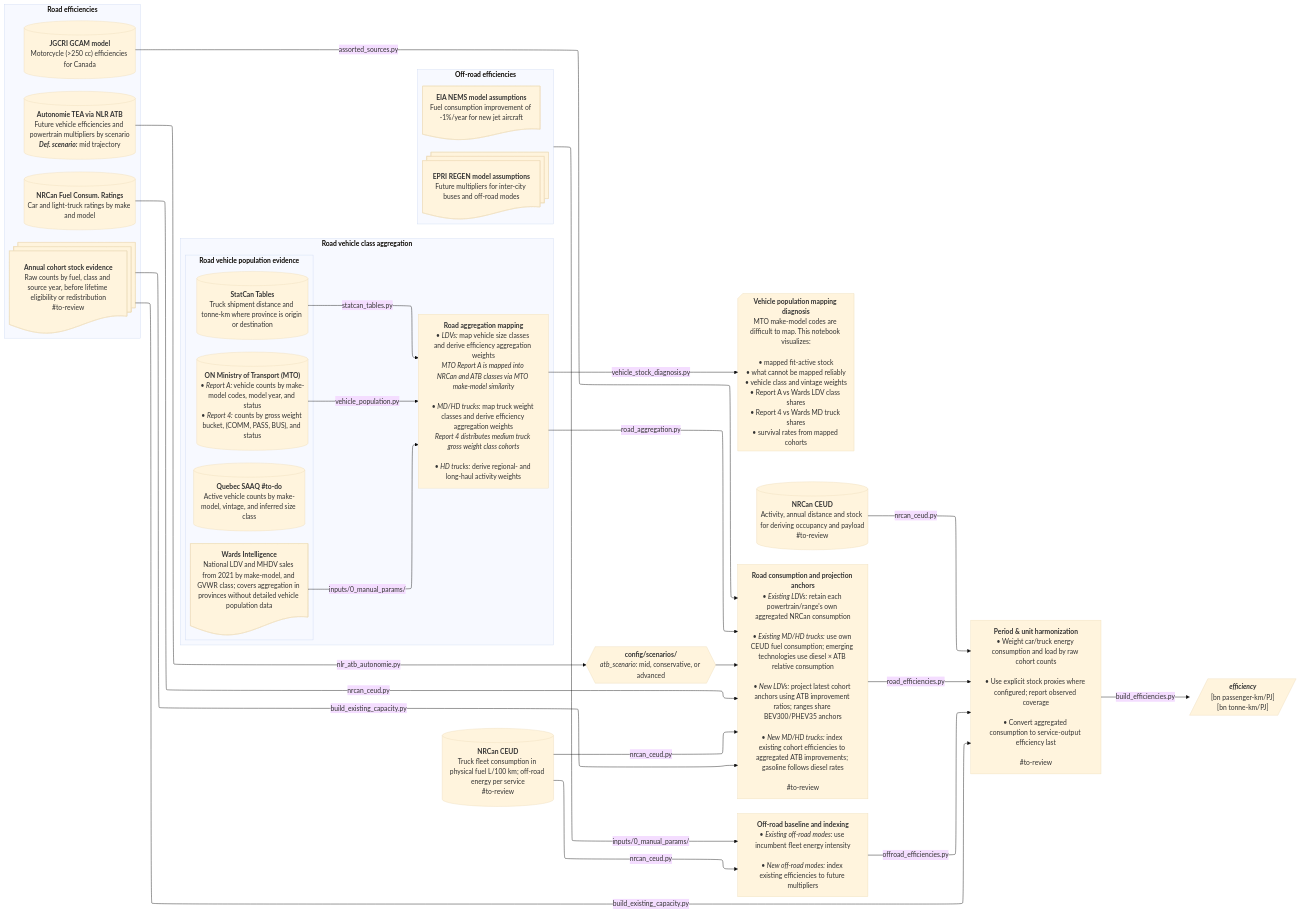
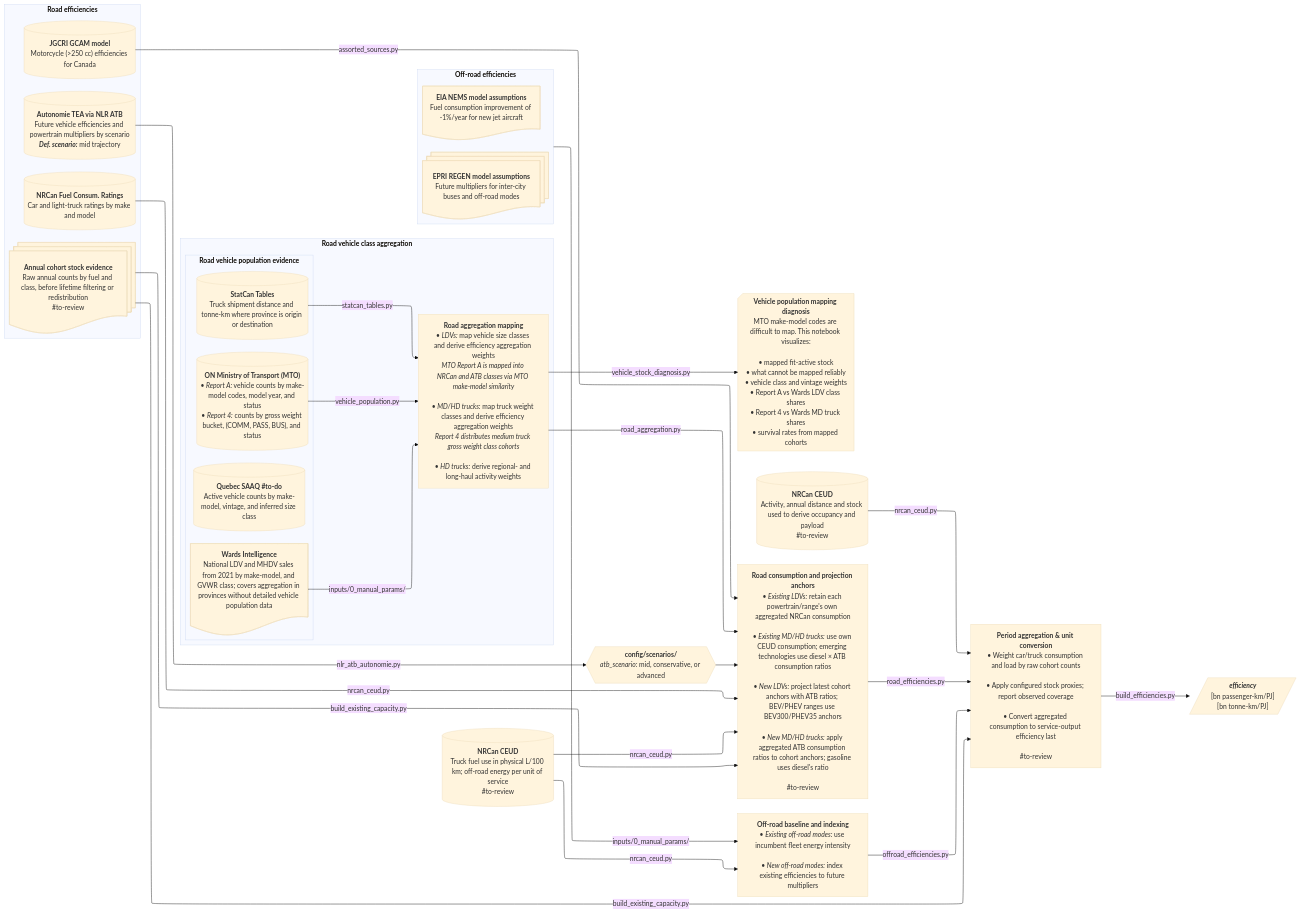
Before and after one commit to CANOE-main/canoe-transportation: the sixth of 12 diagrams in docs/etl_flowcharts.md, drawn with Mermaid (base theme). The commit also changed other lines of this file and 29 other files, not shown here.

```diff
--- a/docs/etl_flowcharts.md
+++ b/docs/etl_flowcharts.md
@@ -496,7 +490,7 @@
     s2_2[("`**JGCRI GCAM model**
       Motorcycle (>250 cc) efficiencies for Canada`")]
     s11@{shape: docs, label: "**Annual cohort stock evidence**
-      Raw counts by fuel, class and source year, before lifetime eligibility or redistribution
+      Raw annual counts by fuel and class, before lifetime filtering or redistribution
       #to-review"}
   end
   
@@ -509,10 +503,10 @@
   end
   
   s0[("`**NRCan CEUD**
-    Truck fleet consumption in physical fuel L/100 km; off-road energy per service
+    Truck fuel use in physical L/100 km; off-road energy per unit of service
     #to-review`")]
   s9[("`**NRCan CEUD**
-    Activity, annual distance and stock for deriving occupancy and payload
+    Activity, annual distance and stock used to derive occupancy and payload
     #to-review`")]
 
   %% ############ Processes ###########
@@ -520,9 +514,9 @@
     *atb_scenario:* mid, conservative, or advanced"}
   p2["`**Road consumption and projection anchors**
     • *Existing LDVs:* retain each powertrain/range's own aggregated NRCan consumption<br>
-    • *Existing MD/HD trucks:* use own CEUD fuel consumption; emerging technologies use diesel × ATB relative consumption<br>
-    • *New LDVs:* project latest cohort anchors using ATB improvement ratios; ranges share BEV300/PHEV35 anchors<br>
-    • *New MD/HD trucks:* index existing cohort efficiencies to aggregated ATB improvements; gasoline follows diesel rates<br>
+    • *Existing MD/HD trucks:* use own CEUD consumption; emerging technologies use diesel × ATB consumption ratios<br>
+    • *New LDVs:* project latest cohort anchors with ATB ratios; BEV/PHEV ranges use BEV300/PHEV35 anchors<br>
+    • *New MD/HD trucks:* apply aggregated ATB consumption ratios to cohort anchors; gasoline uses diesel's ratio<br>
     #to-review`"]
   p0 -- road_aggregation.py --> p2
   s1 -- nrcan_ceud.py --> p2
@@ -537,9 +531,9 @@
     • *New off-road modes:* index existing efficiencies to future multipliers`"]
   off -- inputs/0_manual_params/ --> p3
     
-  p4["`**Period & unit harmonization**
-    • Weight car/truck energy consumption and load by raw cohort counts<br>
-    • Use explicit stock proxies where configured; report observed coverage<br>
+  p4["`**Period aggregation & unit conversion**
+    • Weight car/truck consumption and load by raw cohort counts<br>
+    • Apply configured stock proxies; report observed coverage<br>
     • Convert aggregated consumption to service-output efficiency last<br>
     #to-review`"]
   s9 -- nrcan_ceud.py --> p4
```
